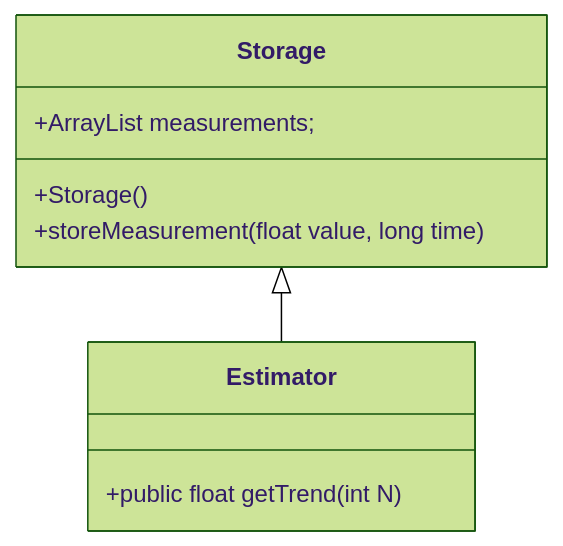
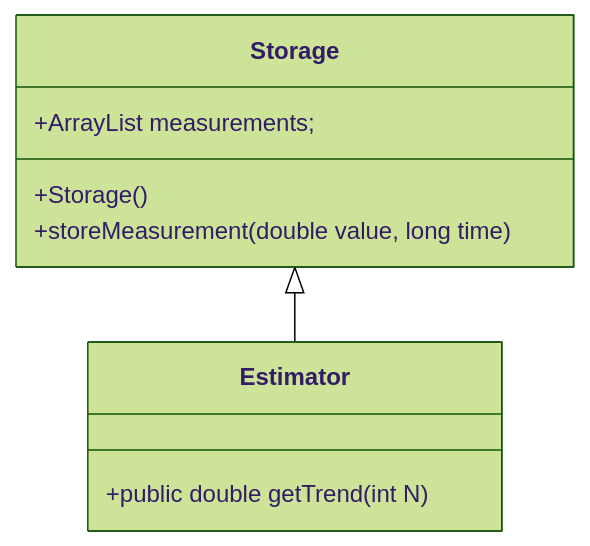
One commit to vesavvo/Object-Oriented-Programming changed the diagram in 3.3_StaticVarsAndMethods_Packages_Modifiers.md. Above: the diagram before and after it, drawn with Mermaid (forest theme). The commit also changed other lines of this file and 3 other files, not shown here.

Commit message:
Sections 2.1,3.1,3.3,5.2 float type changed to double type

````diff
--- a/3.3_StaticVarsAndMethods_Packages_Modifiers.md
+++ b/3.3_StaticVarsAndMethods_Packages_Modifiers.md
@@ -688,12 +688,12 @@
 ```mermaid
 classDiagram
     Storage <|-- Estimator
     class Storage {
         +ArrayList<ProcessTemp> measurements;
         +Storage()
-        +storeMeasurement(float value, long time)
+        +storeMeasurement(double value, long time)
     }
     class Estimator {
-        +public float getTrend(int N)
+        +public double getTrend(int N)
     }
 ```
````
